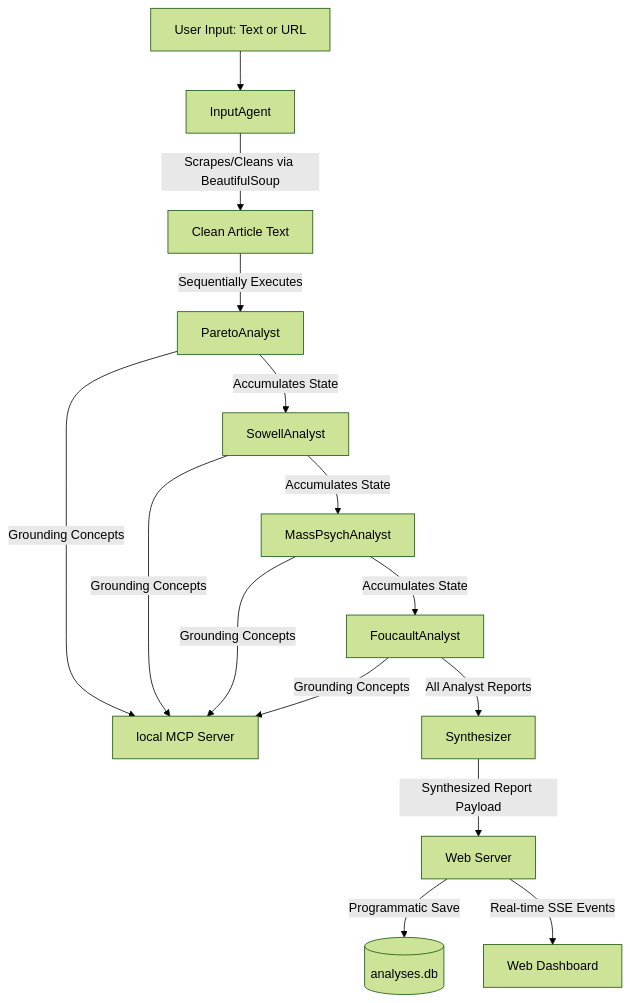
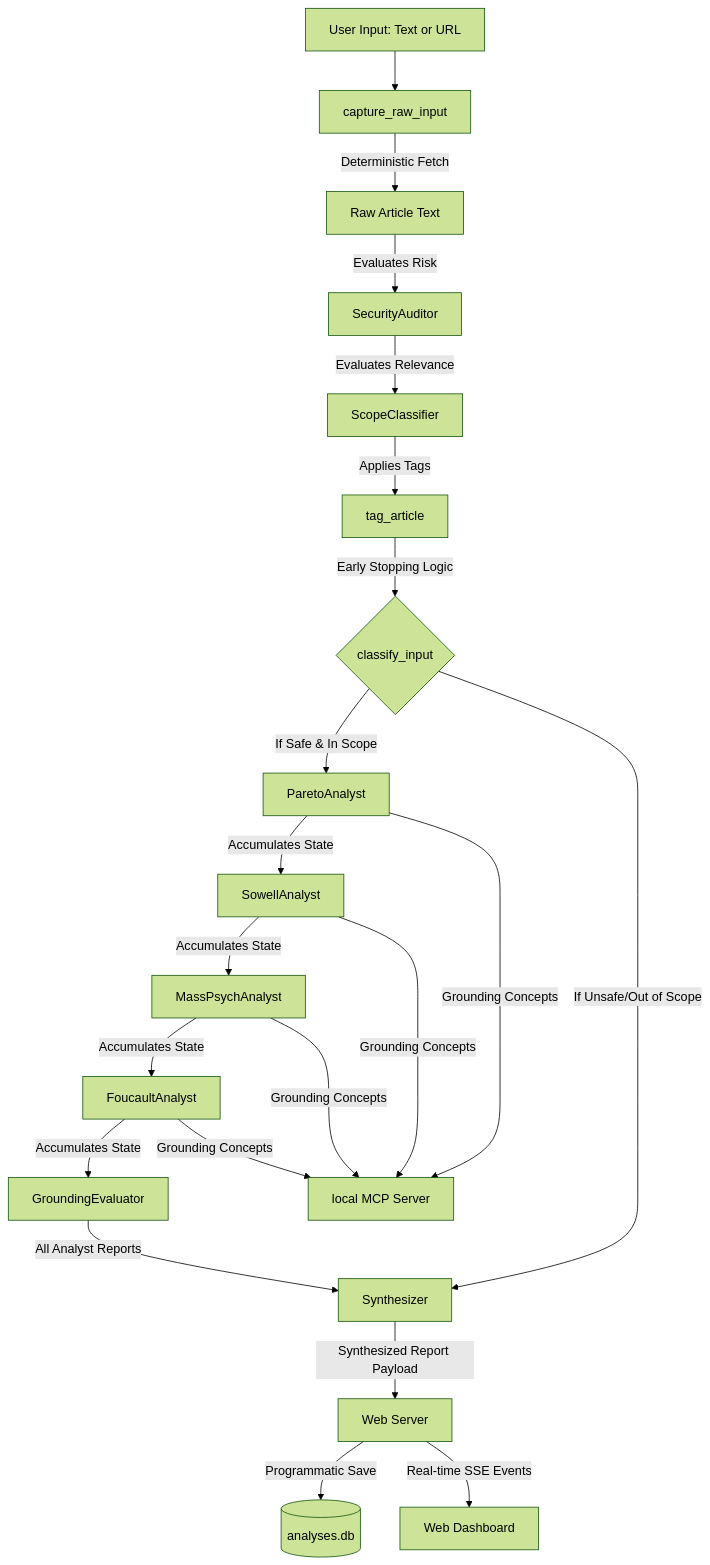
Before and after one commit to jtndr99/political-discourse-analyzer: the diagram in README.md, drawn with Mermaid (forest theme). The commit also changed other lines of this file and 5 other files, not shown here.

````diff
--- a/README.md
+++ b/README.md
@@ -28,18 +28,25 @@
 ```mermaid
 graph TD
-    A[User Input: Text or URL] --> B[InputAgent]
-    B -->|Scrapes/Cleans via BeautifulSoup| C[Clean Article Text]
+    A[User Input: Text or URL] --> B[capture_raw_input]
+    B -->|Deterministic Fetch| C[Raw Article Text]
     
-    C -->|Sequentially Executes| D[ParetoAnalyst]
-    D -->|Accumulates State| E[SowellAnalyst]
-    E -->|Accumulates State| F[MassPsychAnalyst]
-    F -->|Accumulates State| G[FoucaultAnalyst]
+    C -->|Evaluates Risk| D[SecurityAuditor]
+    D -->|Evaluates Relevance| E[ScopeClassifier]
+    E -->|Applies Tags| F[tag_article]
+    F -->|Early Stopping Logic| G{classify_input}
     
-    D & E & F & G -->|Grounding Concepts| MCP[local MCP Server]
+    G -->|If Safe & In Scope| H[ParetoAnalyst]
+    H -->|Accumulates State| I[SowellAnalyst]
+    I -->|Accumulates State| J[MassPsychAnalyst]
+    J -->|Accumulates State| K[FoucaultAnalyst]
+    K -->|Accumulates State| L[GroundingEvaluator]
     
-    G -->|All Analyst Reports| H[Synthesizer]
+    H & I & J & K -->|Grounding Concepts| MCP[local MCP Server]
     
-    H -->|Synthesized Report Payload| WS[Web Server]
+    L -->|All Analyst Reports| M[Synthesizer]
+    G -->|If Unsafe/Out of Scope| M
+    
+    M -->|Synthesized Report Payload| WS[Web Server]
     WS -->|Programmatic Save| DB[(analyses.db)]
-    WS -->|Real-time SSE Events| I[Web Dashboard]
+    WS -->|Real-time SSE Events| N[Web Dashboard]
 ```
````
